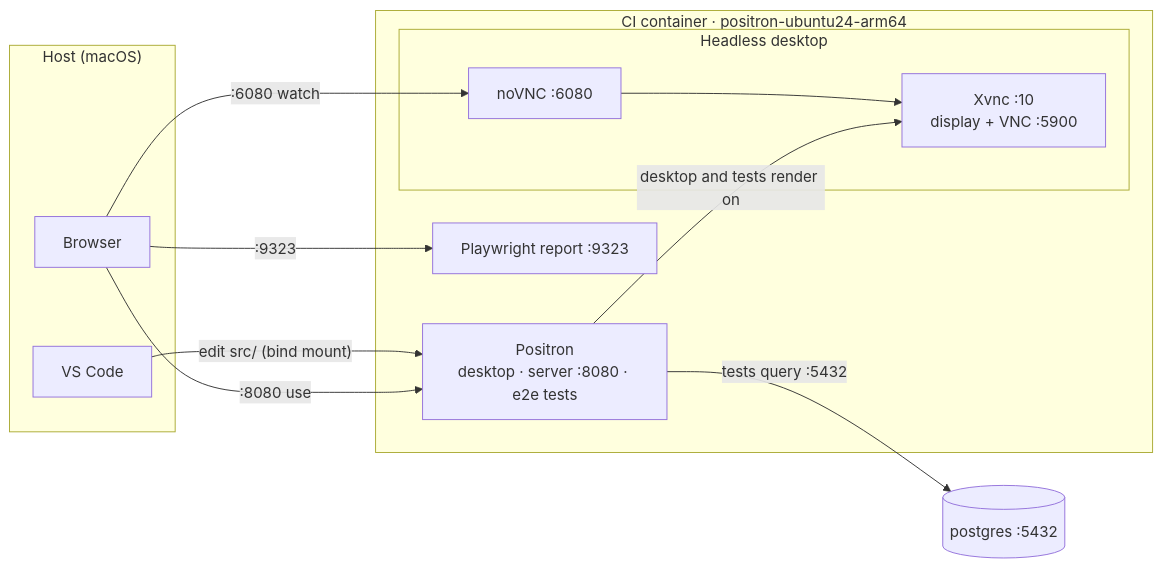
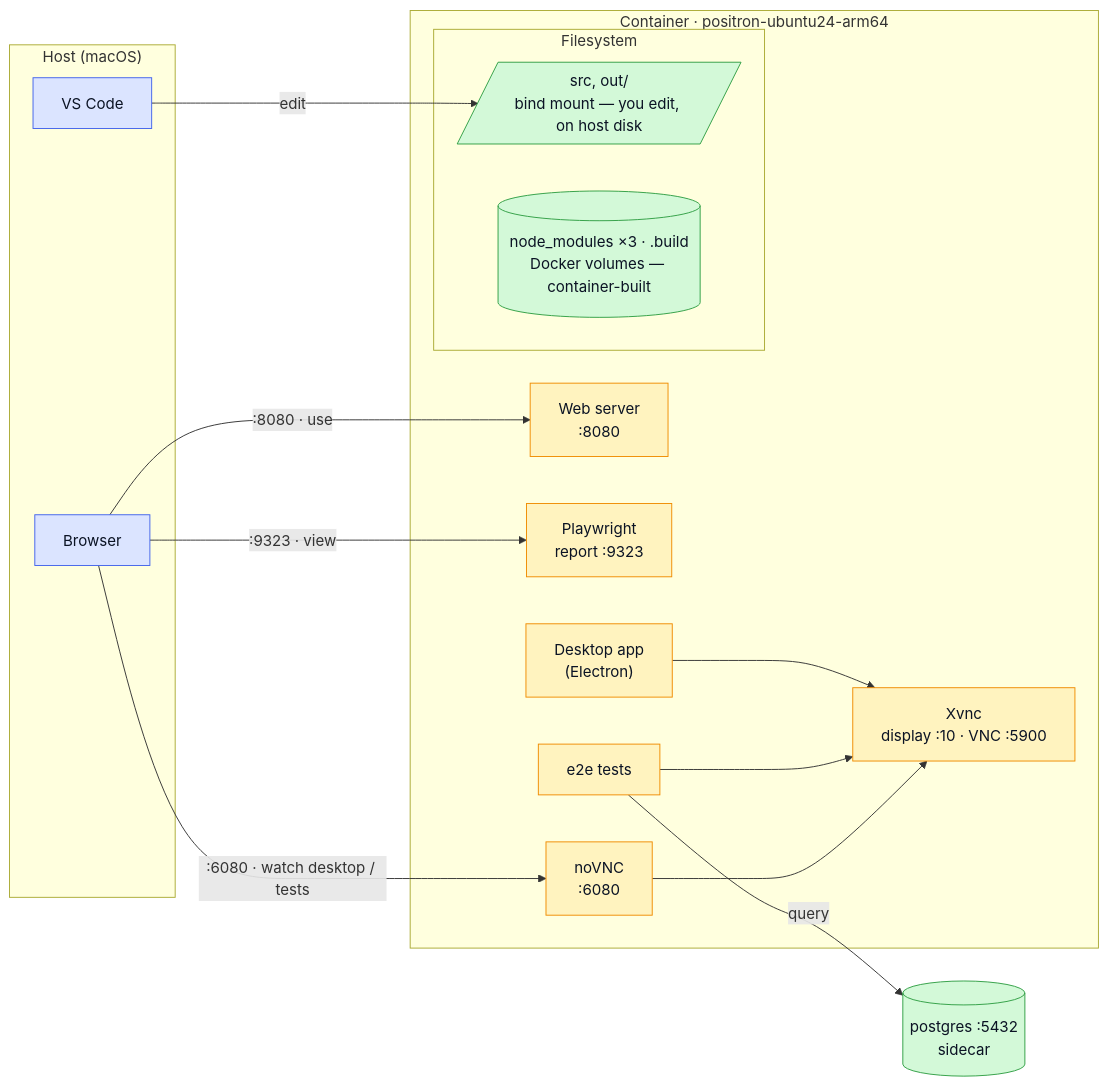
Before and after one commit to posit-dev/positron: the diagram in .devcontainer/ci-arm/README.md, drawn with Mermaid.

Commit message:
ci-arm: redesign architecture diagram
- Color-code the three zones (host / container / storage) so it reads as a
  system, not a wiring list.
- Split the bundled "desktop · server · e2e tests" box into three run-modes;
  only the desktop and e2e tests point at the display (the server doesn't).
- Add a Filesystem group inside the container showing the storage split:
  src/out on a bind mount (you edit) vs node_modules/.build on volumes.

````diff
--- a/.devcontainer/ci-arm/README.md
+++ b/.devcontainer/ci-arm/README.md
@@ -147,22 +147,36 @@
 ```mermaid
 flowchart LR
     subgraph host["Host (macOS)"]
         code["VS Code"]
         web["Browser"]
     end
-    subgraph ctr["CI container · positron-ubuntu24-arm64"]
-        pos["Positron<br/>desktop · server :8080 · e2e tests"]
-        subgraph disp["Headless desktop"]
-            nov["noVNC :6080"] --> xvnc["Xvnc :10<br/>display + VNC :5900"]
+    subgraph ctr["Container · positron-ubuntu24-arm64"]
+        desk["Desktop app<br/>(Electron)"]
+        srv["Web server<br/>:8080"]
+        e2e["e2e tests"]
+        nov["noVNC<br/>:6080"]
+        xvnc["Xvnc<br/>display :10 · VNC :5900"]
+        rep["Playwright<br/>report :9323"]
+        subgraph fs["Filesystem"]
+            src[/"src, out/<br/>bind mount — you edit, on host disk"/]
+            vols[("node_modules ×3 · .build<br/>Docker volumes — container-built")]
         end
-        rep["Playwright report :9323"]
     end
-    pg[("postgres :5432")]
+    pg[("postgres :5432<br/>sidecar")]
 
-    code -->|"edit src/ (bind mount)"| pos
-    pos -->|"desktop and tests render on"| xvnc
-    web -->|":6080 watch"| nov
-    web -->|":8080 use"| pos
-    web -->|":9323"| rep
-    pos -->|"tests query :5432"| pg
+    code -->|edit| src
+    desk --> xvnc
+    e2e --> xvnc
+    nov --> xvnc
+    web -->|":6080 · watch desktop / tests"| nov
+    web -->|":8080 · use"| srv
+    web -->|":9323 · view"| rep
+    e2e -->|query| pg
+
+    classDef hostcls fill:#dbe4ff,stroke:#4263eb,color:#0b1324
+    classDef contcls fill:#fff3bf,stroke:#f08c00,color:#0b1324
+    classDef storcls fill:#d3f9d8,stroke:#2f9e44,color:#0b1324
+    class code,web hostcls
+    class desk,srv,e2e,nov,xvnc,rep contcls
+    class src,vols,pg storcls
 ```
````
